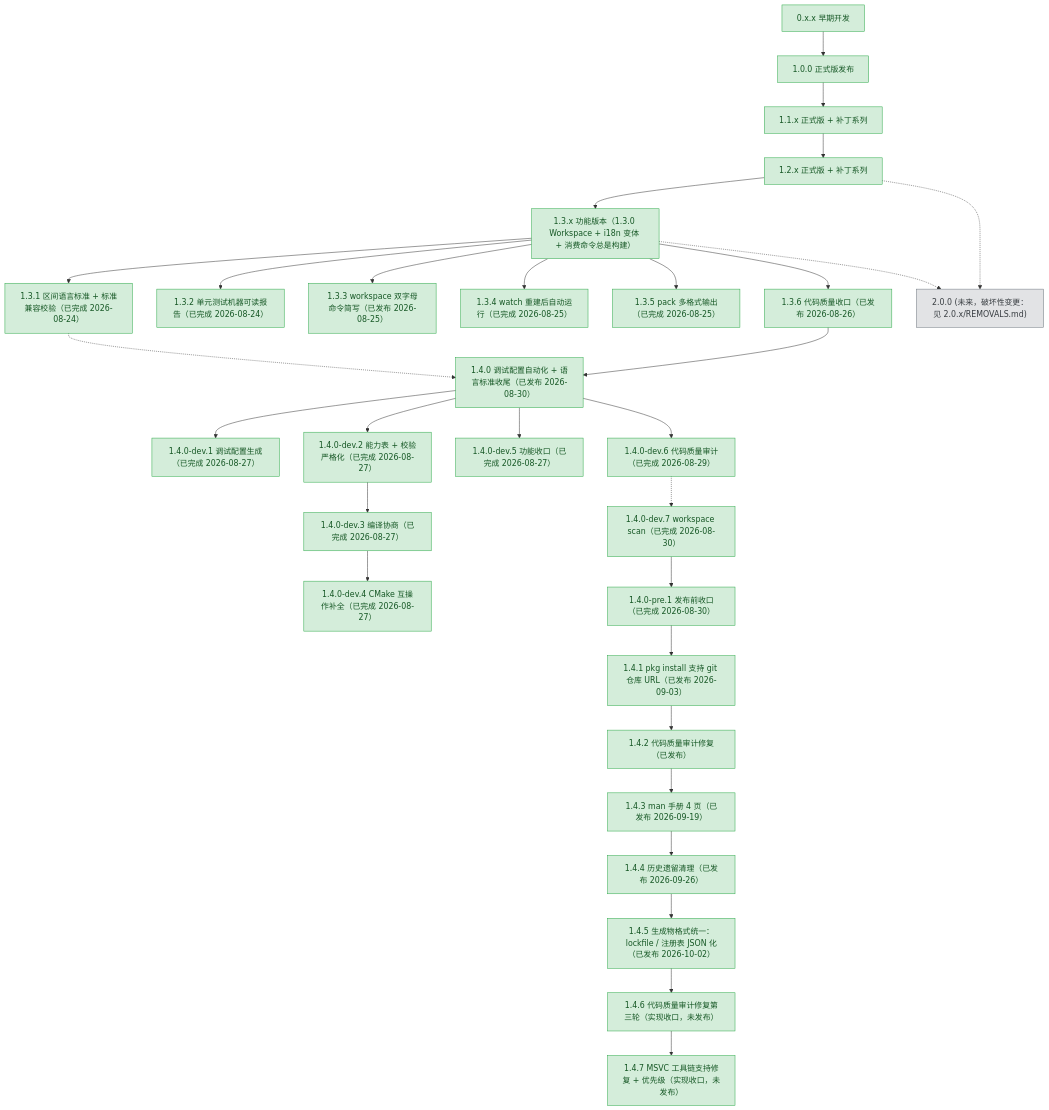
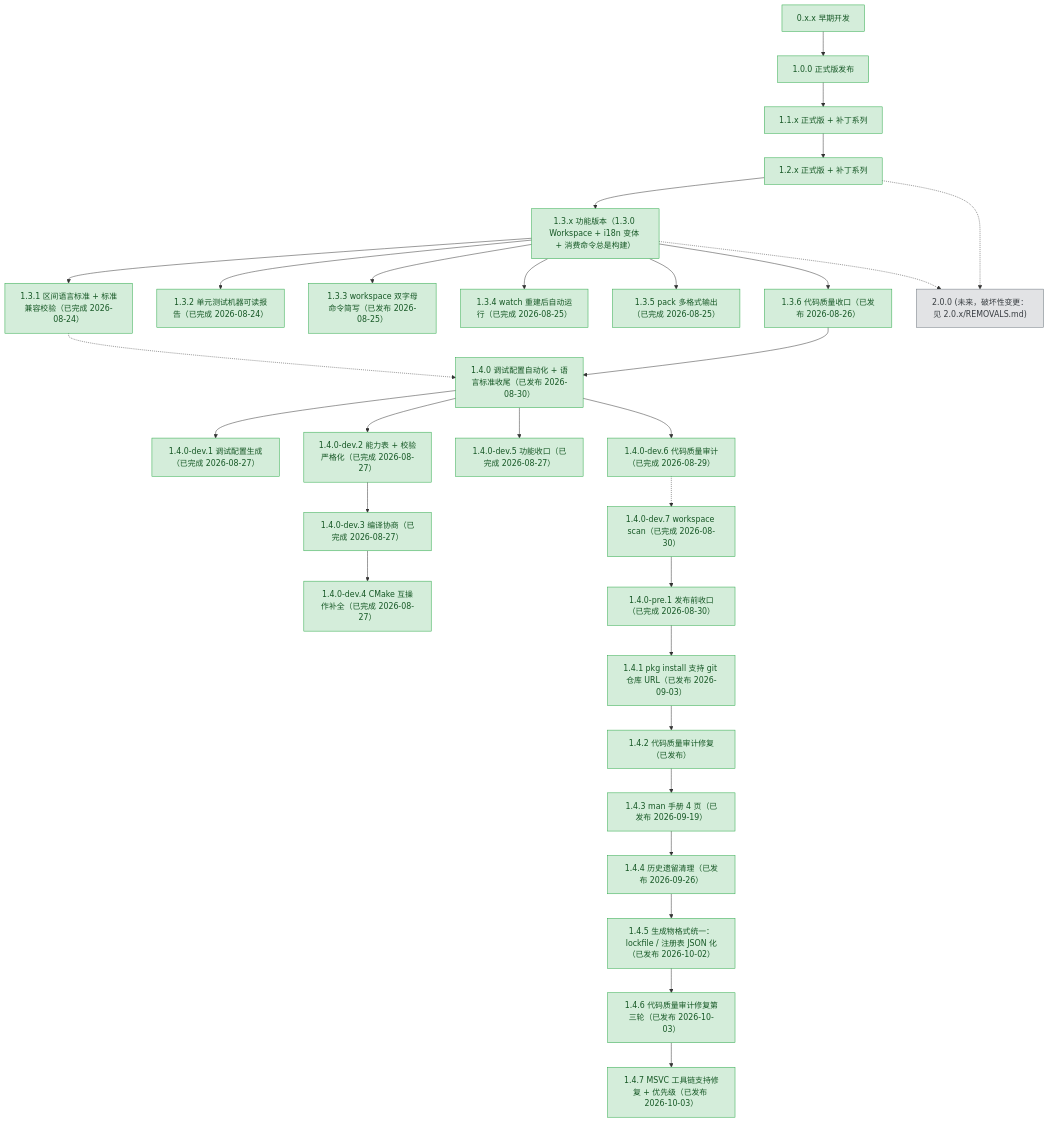
Before and after one commit to 3667808244/EazyMake: the diagram in plans/README.md, drawn with Mermaid. The commit also changed other lines of this file and 11 other files, not shown here.

```diff
--- a/plans/README.md
+++ b/plans/README.md
@@ -100,8 +100,8 @@
     v143p["1.4.3 man 手册 4 页（已发布 2026-09-19）"]
     v144p["1.4.4 历史遗留清理（已发布 2026-09-26）"]
     v145p["1.4.5 生成物格式统一：lockfile / 注册表 JSON 化（已发布 2026-10-02）"]
-    v146p["1.4.6 代码质量审计修复第三轮（实现收口，未发布）"]
-    v147p["1.4.7 MSVC 工具链支持修复 + 优先级（实现收口，未发布）"]
+    v146p["1.4.6 代码质量审计修复第三轮（已发布 2026-10-03）"]
+    v147p["1.4.7 MSVC 工具链支持修复 + 优先级（已发布 2026-10-03）"]
     v200["2.0.0 (未来，破坏性变更：见 2.0.x/REMOVALS.md)"]
 
     v0xx --> v100
```
